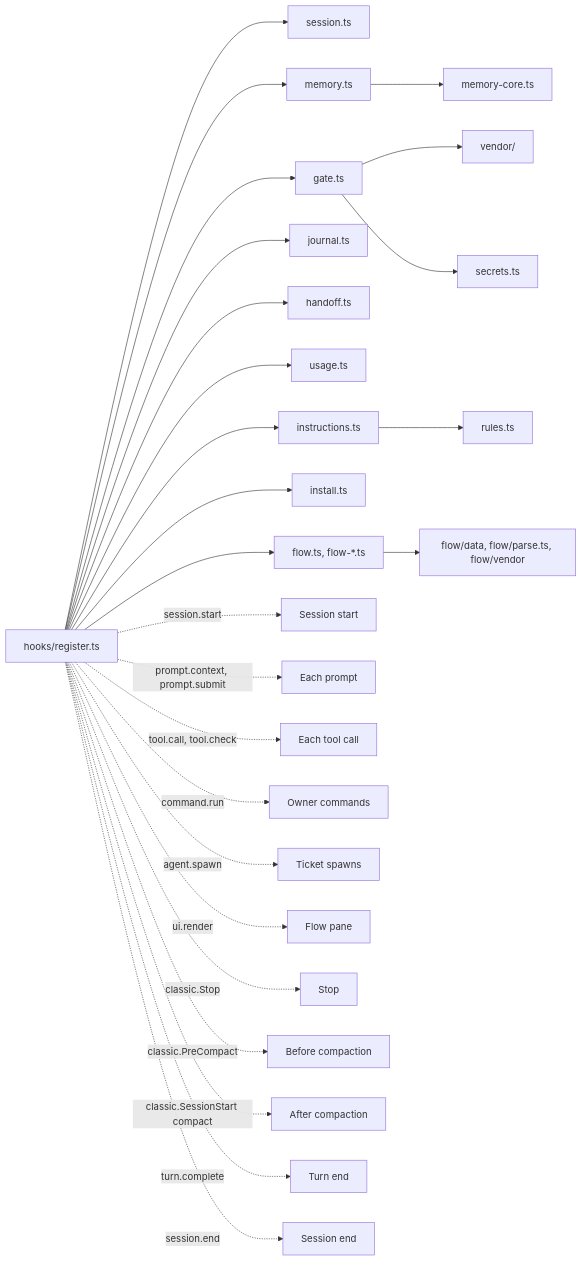
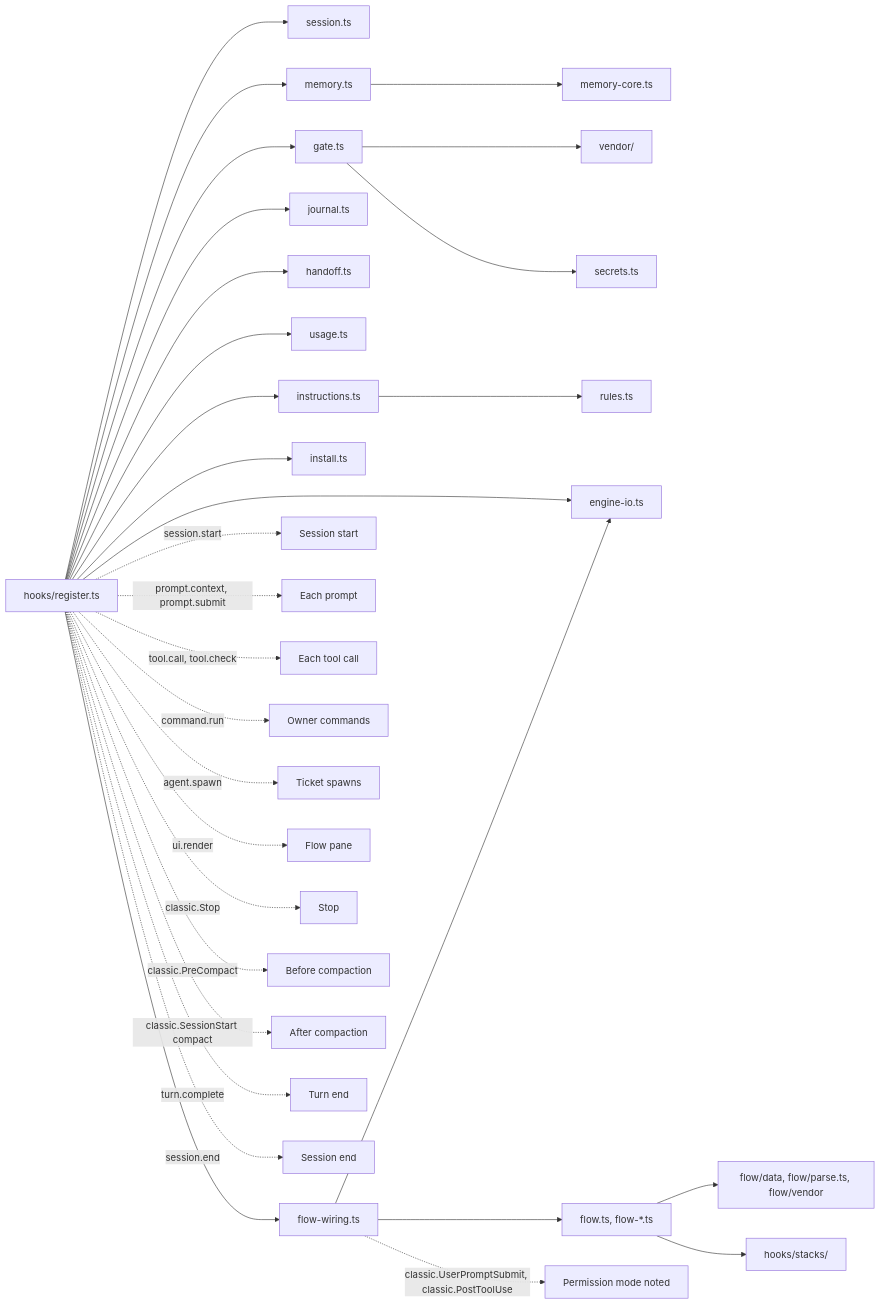
The diagram in docs/files.md (phantanphatdgteam-gif/snagon-dev-mods), drawn with Mermaid before and after one commit. The commit also changed other lines of this file and 6 other files, not shown here.

````diff
--- a/docs/files.md
+++ b/docs/files.md
@@ -201,29 +230,34 @@
 ```mermaid
 flowchart LR
   R["hooks/register.ts"]
   R --> S["session.ts"]
   R --> M["memory.ts"]
   M --> MC["memory-core.ts"]
   R --> G["gate.ts"]
   G --> V["vendor/"]
   G --> X["secrets.ts"]
   R --> J["journal.ts"]
   R --> H["handoff.ts"]
   R --> U["usage.ts"]
   R --> I["instructions.ts"]
   I --> RU["rules.ts"]
   R --> N["install.ts"]
-  R --> F["flow.ts, flow-*.ts"]
+  R --> EIO["engine-io.ts"]
+  R --> W["flow-wiring.ts"]
+  W --> EIO
+  W --> F["flow.ts, flow-*.ts"]
   F --> FD["flow/data, flow/parse.ts, flow/vendor"]
+  F --> ST["hooks/stacks/"]
   R -.->|session.start| E1["Session start"]
   R -.->|prompt.context, prompt.submit| E2["Each prompt"]
   R -.->|tool.call, tool.check| E3["Each tool call"]
+  W -.->|classic.UserPromptSubmit, classic.PostToolUse| E12["Permission mode noted"]
   R -.->|command.run| E9["Owner commands"]
   R -.->|agent.spawn| E10["Ticket spawns"]
   R -.->|ui.render| E11["Flow pane"]
   R -.->|classic.Stop| E4["Stop"]
   R -.->|classic.PreCompact| E5["Before compaction"]
   R -.->|classic.SessionStart compact| E6["After compaction"]
   R -.->|turn.complete| E7["Turn end"]
   R -.->|session.end| E8["Session end"]
 ```
````
